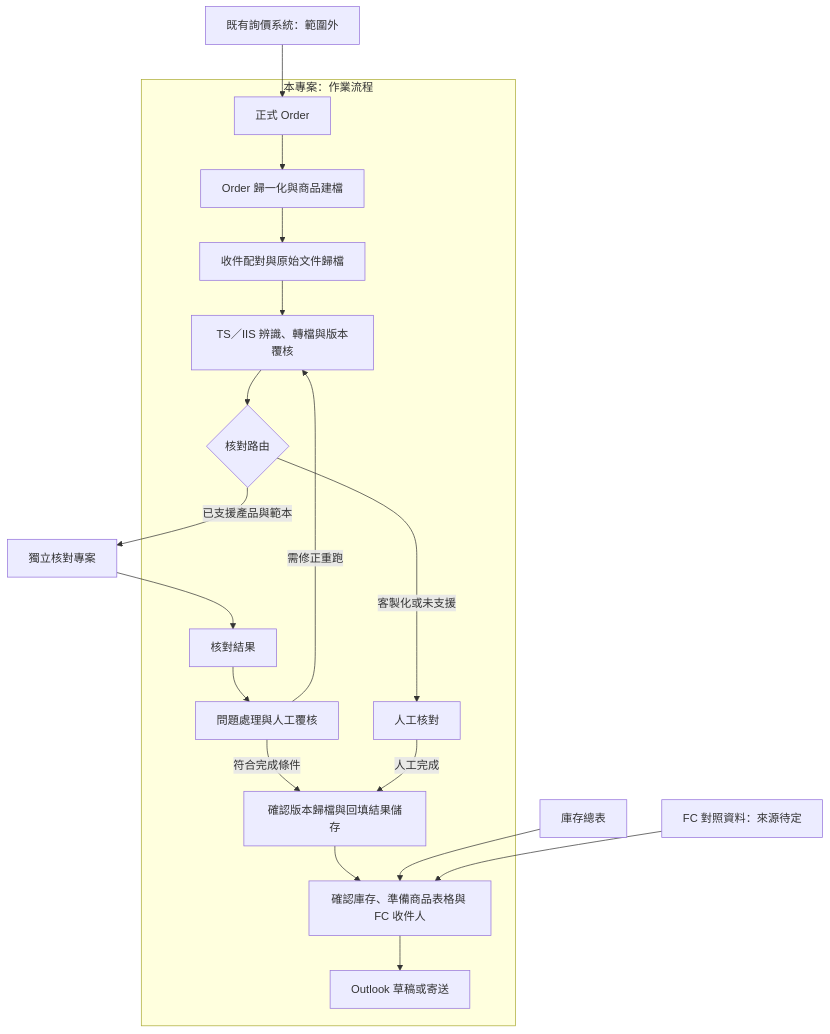
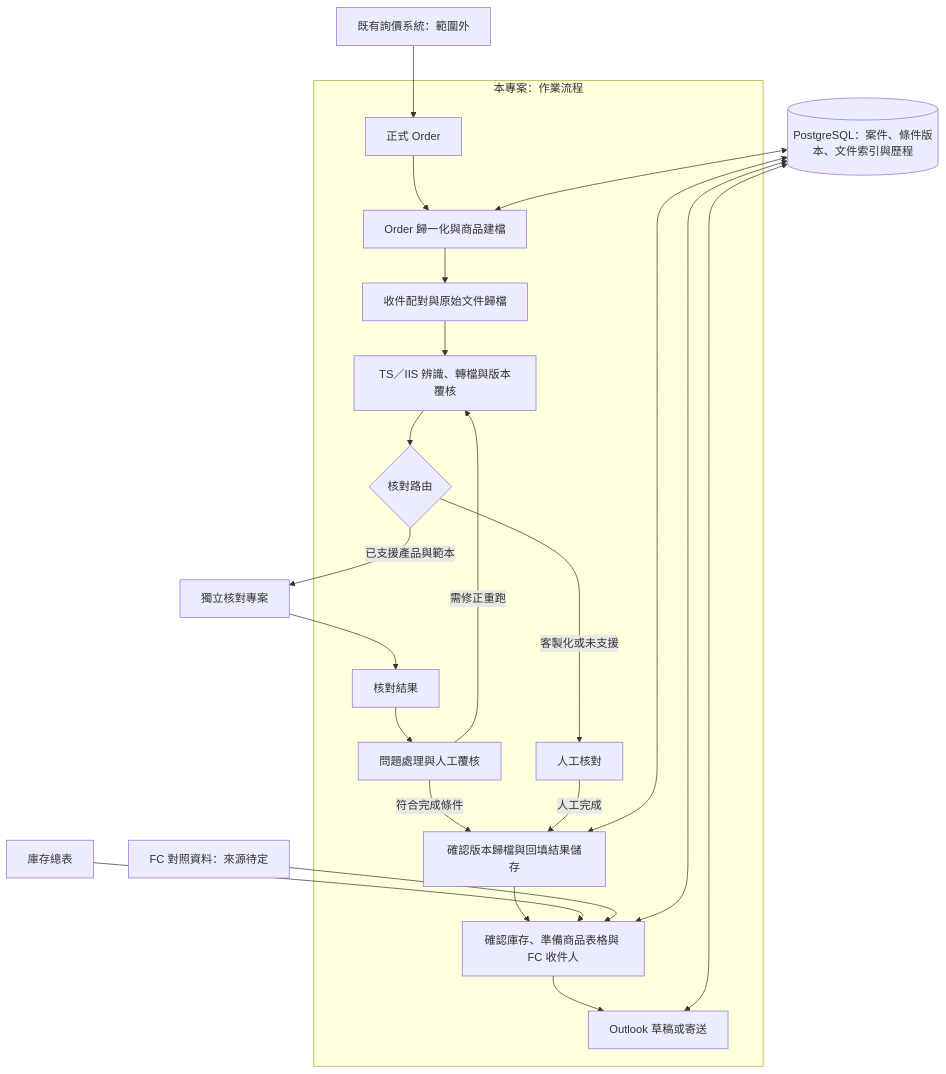
The diagram in docs/architecture.md (TaylorYam/structured-product-workflow), drawn with Mermaid before and after one commit. The commit also changed other lines of this file and 7 other files, not shown here.

Commit message:
docs: 記錄 PostgreSQL 決策與開發部署及核對回存設計

````diff
--- a/docs/architecture.md
+++ b/docs/architecture.md
@@ -7,21 +7,25 @@
 ```mermaid
 flowchart TD
   A[既有詢價系統：範圍外] --> B[正式 Order]
   subgraph W[本專案：作業流程]
     B --> C[Order 歸一化與商品建檔]
     C --> D[收件配對與原始文件歸檔]
     D --> E[TS／IIS 辨識、轉檔與版本覆核]
     E --> F{核對路由}
     F -->|客製化或未支援| M[人工核對]
     R[核對結果] --> N[問題處理與人工覆核]
     N -->|需修正重跑| E
     N -->|符合完成條件| G[確認版本歸檔與回填結果儲存]
     M -->|人工完成| G
     G --> H[確認庫存、準備商品表格與 FC 收件人]
     H --> I[Outlook 草稿或寄送]
   end
   F -->|已支援產品與範本| Q[獨立核對專案]
   Q --> R
   X[庫存總表] --> H
   Y[FC 對照資料：來源待定] --> H
+  DB[(PostgreSQL：案件、條件版本、文件索引與歷程)] <--> C
+  DB <--> G
+  DB <--> H
+  DB <--> I
 ```
````
